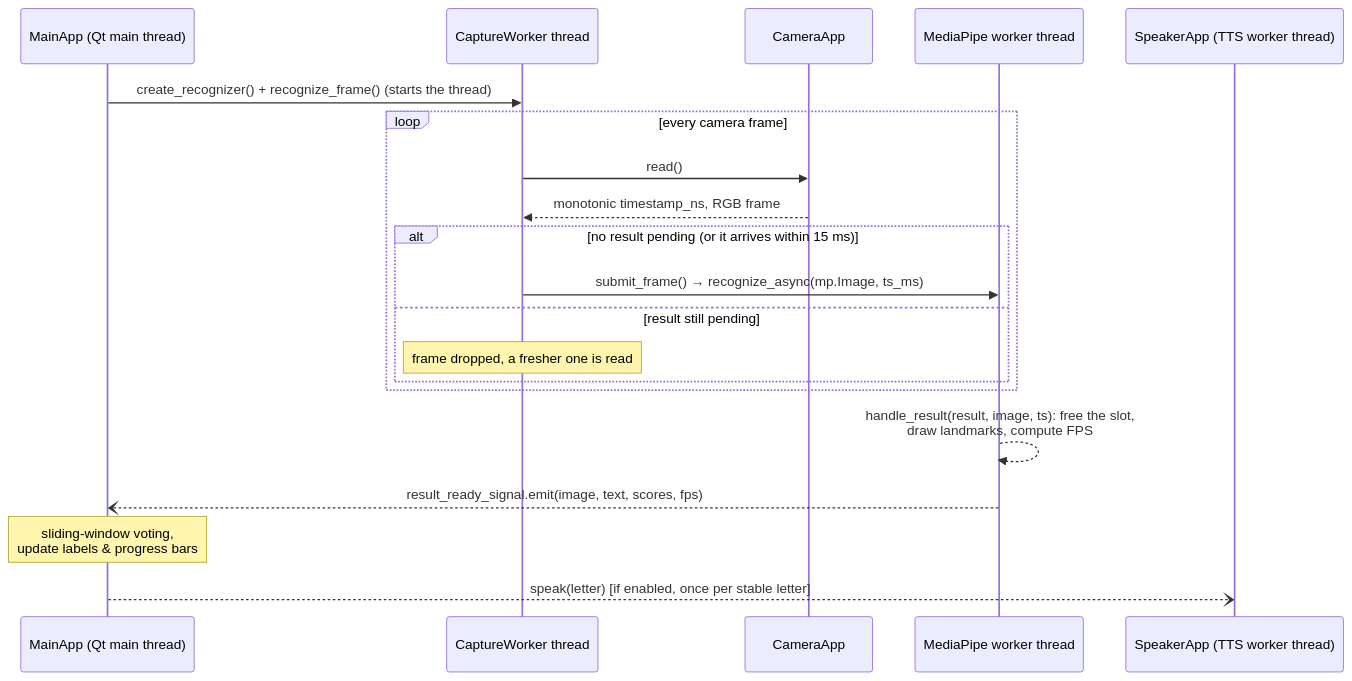
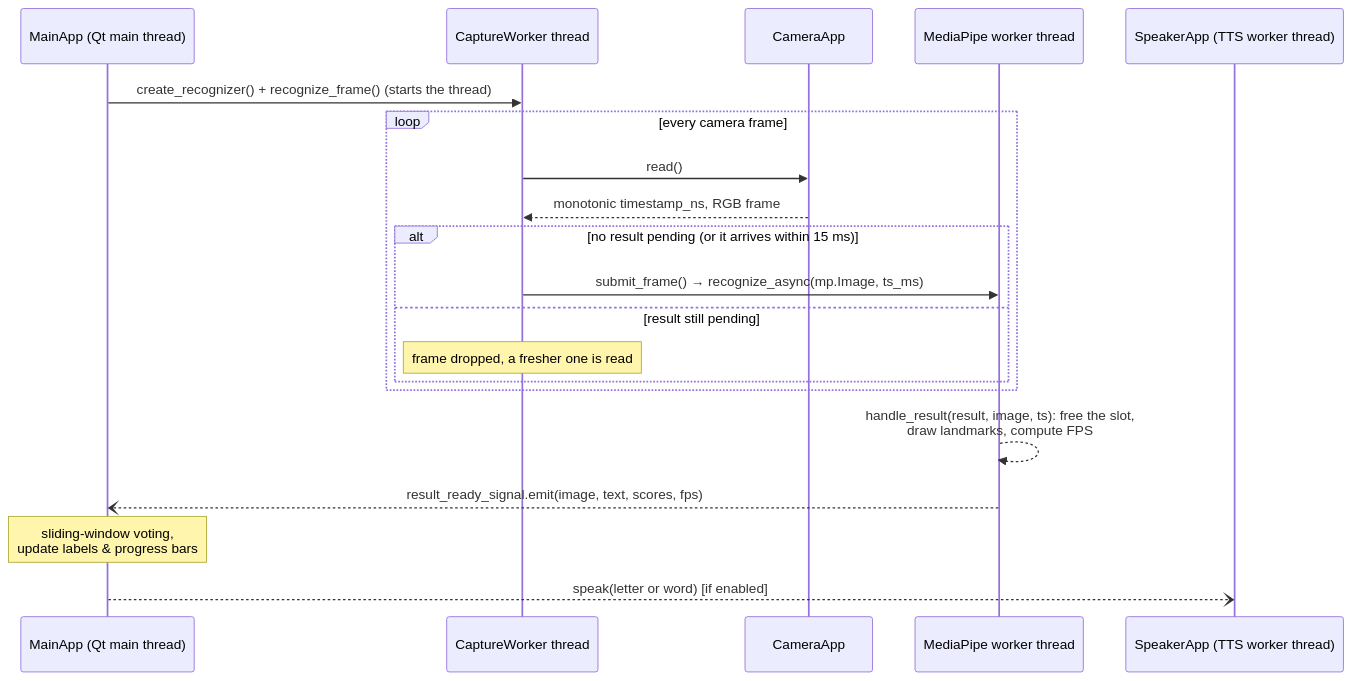
The second of 2 diagrams in docs/TECHNICAL_DOCUMENTATION.md (DXtR1337/AI_sign_language_translator), drawn with Mermaid before and after one commit. The commit also changed other lines of this file and 13 other files, not shown here.

````diff
--- a/docs/TECHNICAL_DOCUMENTATION.md
+++ b/docs/TECHNICAL_DOCUMENTATION.md
@@ -83,23 +85,23 @@
 ```mermaid
 sequenceDiagram
     participant M as MainApp (Qt main thread)
     participant W as CaptureWorker thread
     participant C as CameraApp
     participant MP as MediaPipe worker thread
     participant T as SpeakerApp (TTS worker thread)
 
     M->>W: create_recognizer() + recognize_frame() (starts the thread)
     loop every camera frame
         W->>C: read()
         C-->>W: monotonic timestamp_ns, RGB frame
         alt no result pending (or it arrives within 15 ms)
             W->>MP: submit_frame() → recognize_async(mp.Image, ts_ms)
         else result still pending
             Note over W: frame dropped, a fresher one is read
         end
     end
     MP-->>MP: handle_result(result, image, ts): free the slot,<br/>draw landmarks, compute FPS
     MP--)M: result_ready_signal.emit(image, text, scores, fps)
     Note over M: sliding-window voting,<br/>update labels & progress bars
-    M--)T: speak(letter)  [if enabled, once per stable letter]
+    M--)T: speak(letter or word)  [if enabled]
 ```
````
